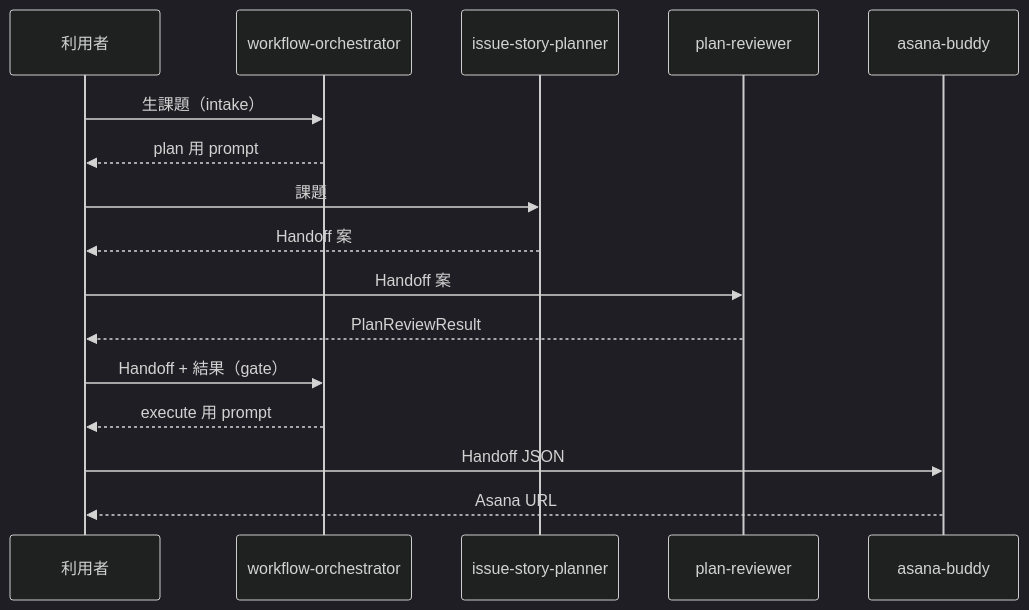
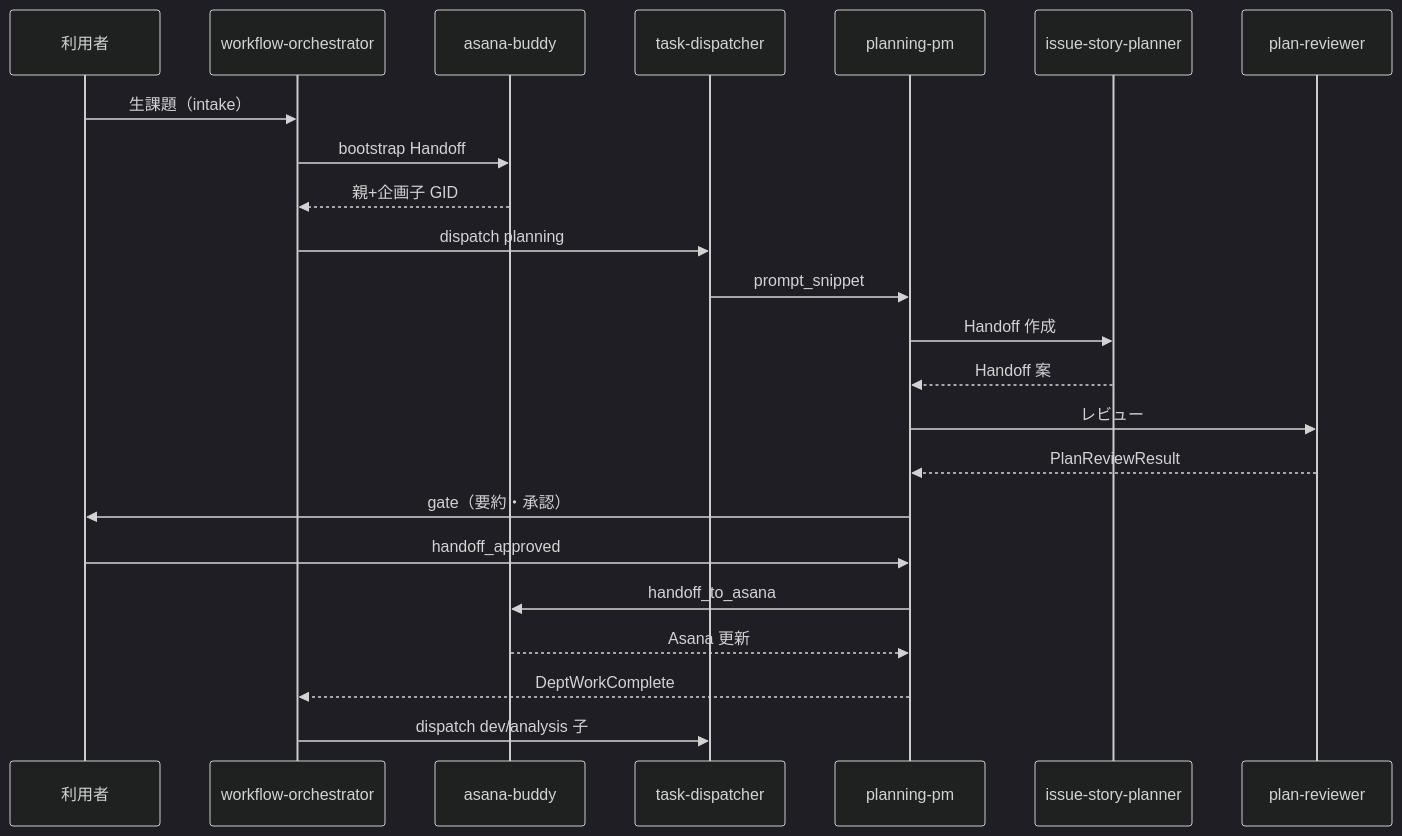
The diagram in docs/design/workflow-io-contract.md (shin16m/org-operations-agents), drawn with Mermaid (dark theme) before and after one commit. The commit also changed other lines of this file and 88 other files, not shown here.

````diff
--- a/docs/design/workflow-io-contract.md
+++ b/docs/design/workflow-io-contract.md
@@ -47,19 +53,26 @@
 ```mermaid
 sequenceDiagram
   participant U as 利用者
   participant O as workflow-orchestrator
+  participant A as asana-buddy
+  participant D as task-dispatcher
+  participant PM as planning-pm
   participant P as issue-story-planner
   participant R as plan-reviewer
-  participant A as asana-buddy
 
   U->>O: 生課題（intake）
-  O-->>U: plan 用 prompt
-  U->>P: 課題
-  P-->>U: Handoff 案
-  U->>R: Handoff 案
-  R-->>U: PlanReviewResult
-  U->>O: Handoff + 結果（gate）
-  O-->>U: execute 用 prompt
-  U->>A: Handoff JSON
-  A-->>U: Asana URL
+  O->>A: bootstrap Handoff
+  A-->>O: 親+企画子 GID
+  O->>D: dispatch planning
+  D->>PM: prompt_snippet
+  PM->>P: Handoff 作成
+  P-->>PM: Handoff 案
+  PM->>R: レビュー
+  R-->>PM: PlanReviewResult
+  PM->>U: gate（要約・承認）
+  U->>PM: handoff_approved
+  PM->>A: handoff_to_asana
+  A-->>PM: Asana 更新
+  PM-->>O: DeptWorkComplete
+  O->>D: dispatch dev/analysis 子
 ```
````
